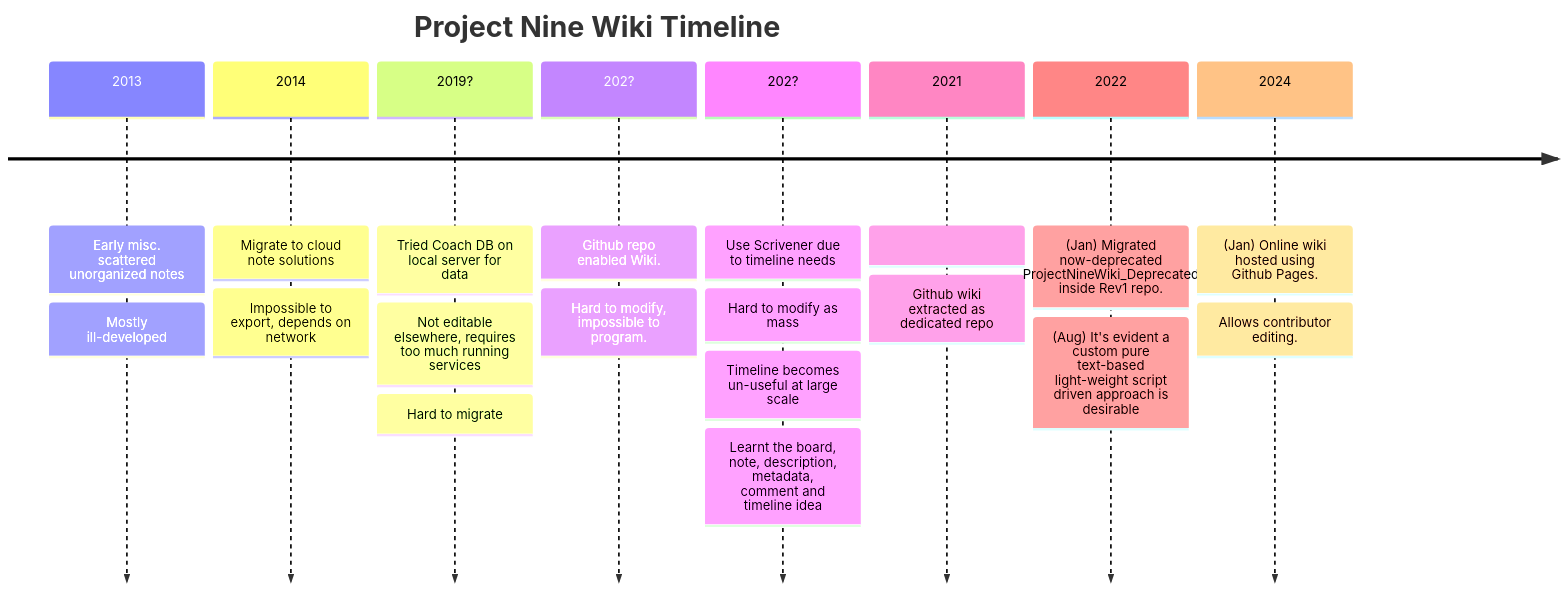
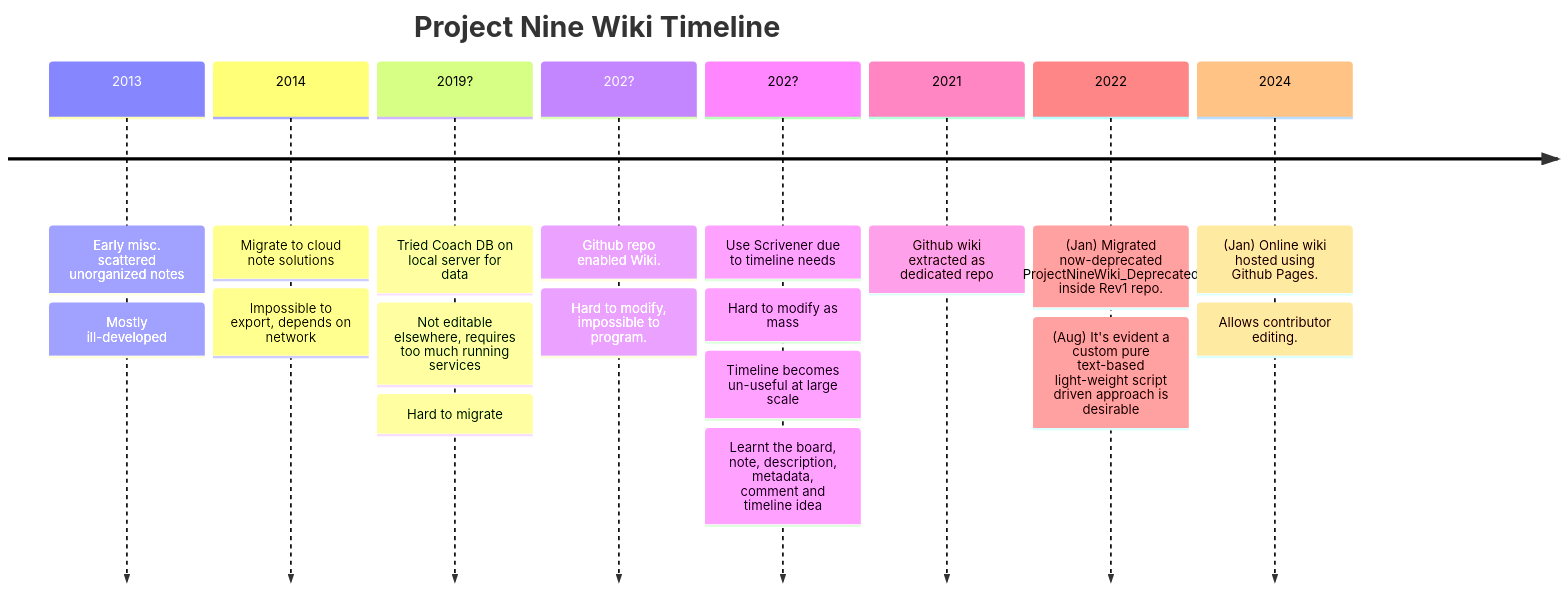
Before and after one commit to Charles-Zhang-Project-Nine/ProjectNineWiki: the diagram in README.md, drawn with Mermaid. The commit also changed 5 other files, not shown here.

````diff
--- a/README.md
+++ b/README.md
@@ -55,30 +55,30 @@
 ```mermaid
 timeline
 title Project Nine Wiki Timeline
     2013
         : Early misc. scattered unorganized notes
         : Mostly ill-developed
     2014
         : Migrate to cloud note solutions
         : Impossible to export, depends on network
     2019?
         : Tried Coach DB on local server for data
         : Not editable elsewhere, requires too much running services
         : Hard to migrate
     202?
         : Github repo enabled Wiki.
         : Hard to modify, impossible to program.
     202?
         : Use Scrivener due to timeline needs
         : Hard to modify as mass
         : Timeline becomes un-useful at large scale
         : Learnt the board, note, description, metadata, comment and timeline idea
-    2021:
+    2021
         : Github wiki extracted as dedicated repo
     2022
         : (Jan) Migrated now-deprecated ProjectNineWiki_Deprecated inside Rev1 repo.
         : (Aug) It's evident a custom pure text-based light-weight script driven approach is desirable
     2024
         : (Jan) Online wiki hosted using Github Pages.
         : Allows contributor editing.
 ```
````
